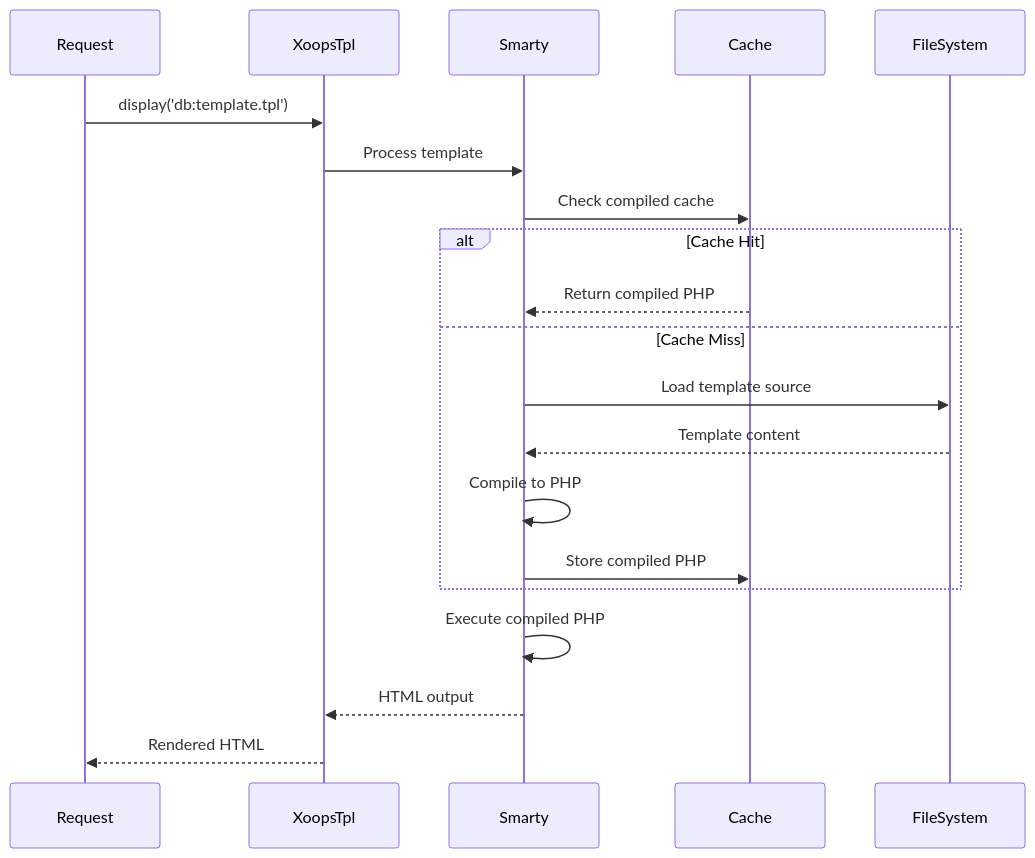
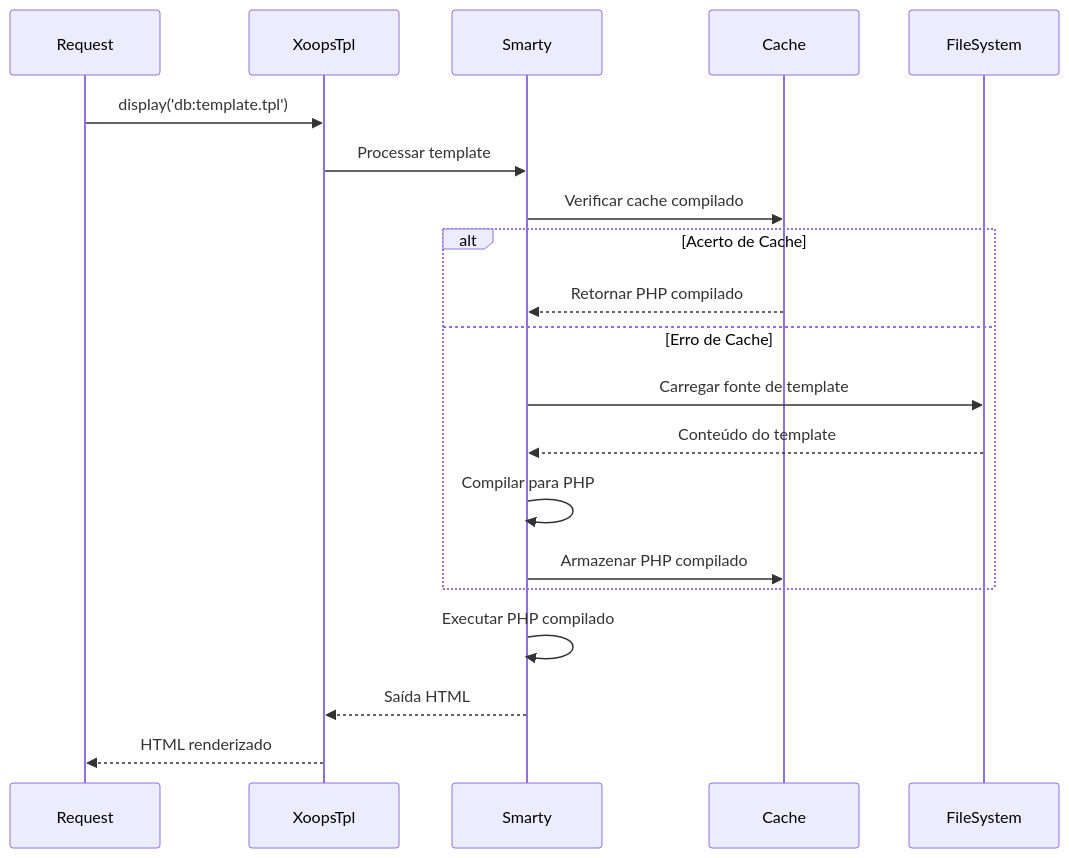
The second of 3 diagrams in apps/docs-27/src/content/docs/pt/api-reference/template/smarty.md (mambax7/xoops-docs), drawn with Mermaid before and after one commit. The commit also changed other lines of this file and 162 other files, not shown here.

````diff
--- a/apps/docs-27/src/content/docs/pt/api-reference/template/smarty.md
+++ b/apps/docs-27/src/content/docs/pt/api-reference/template/smarty.md
@@ -298,26 +298,26 @@
 ```mermaid
 sequenceDiagram
     participant Request
     participant XoopsTpl
     participant Smarty
     participant Cache
     participant FileSystem
 
     Request->>XoopsTpl: display('db:template.tpl')
-    XoopsTpl->>Smarty: Process template
+    XoopsTpl->>Smarty: Processar template
 
-    Smarty->>Cache: Check compiled cache
+    Smarty->>Cache: Verificar cache compilado
 
-    alt Cache Hit
-        Cache-->>Smarty: Return compiled PHP
-    else Cache Miss
-        Smarty->>FileSystem: Load template source
-        FileSystem-->>Smarty: Template content
-        Smarty->>Smarty: Compile to PHP
-        Smarty->>Cache: Store compiled PHP
+    alt Acerto de Cache
+        Cache-->>Smarty: Retornar PHP compilado
+    else Erro de Cache
+        Smarty->>FileSystem: Carregar fonte de template
+        FileSystem-->>Smarty: Conteúdo do template
+        Smarty->>Smarty: Compilar para PHP
+        Smarty->>Cache: Armazenar PHP compilado
     end
 
-    Smarty->>Smarty: Execute compiled PHP
-    Smarty-->>XoopsTpl: HTML output
-    XoopsTpl-->>Request: Rendered HTML
+    Smarty->>Smarty: Executar PHP compilado
+    Smarty-->>XoopsTpl: Saída HTML
+    XoopsTpl-->>Request: HTML renderizado
 ```
````
